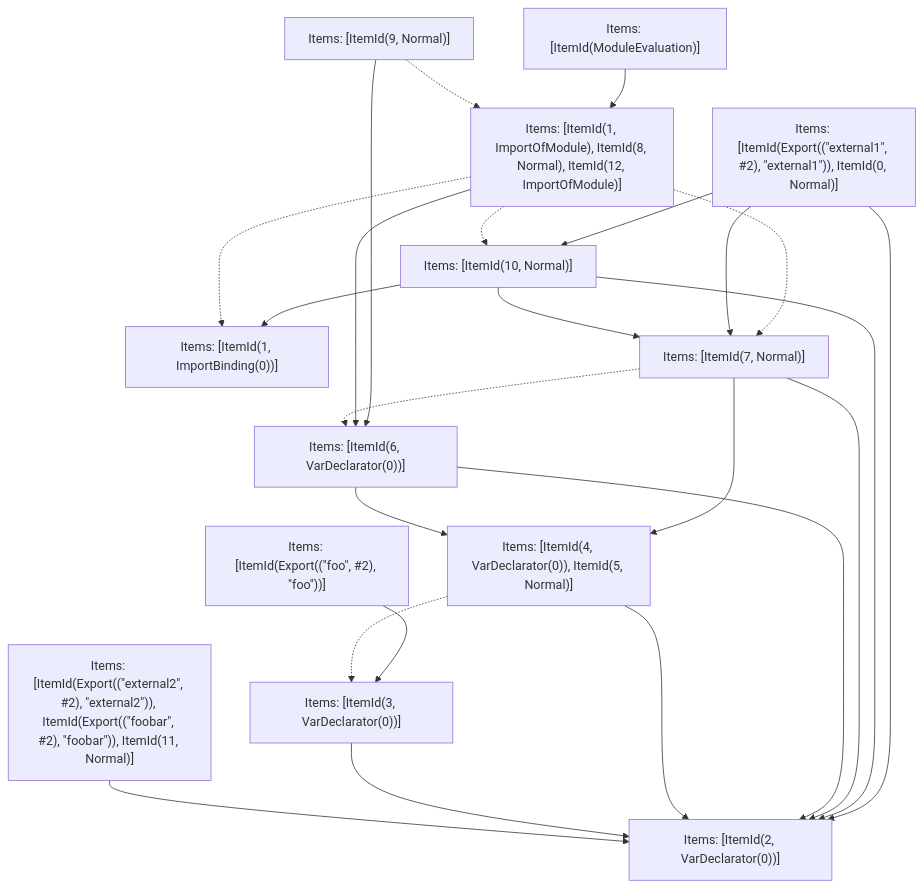
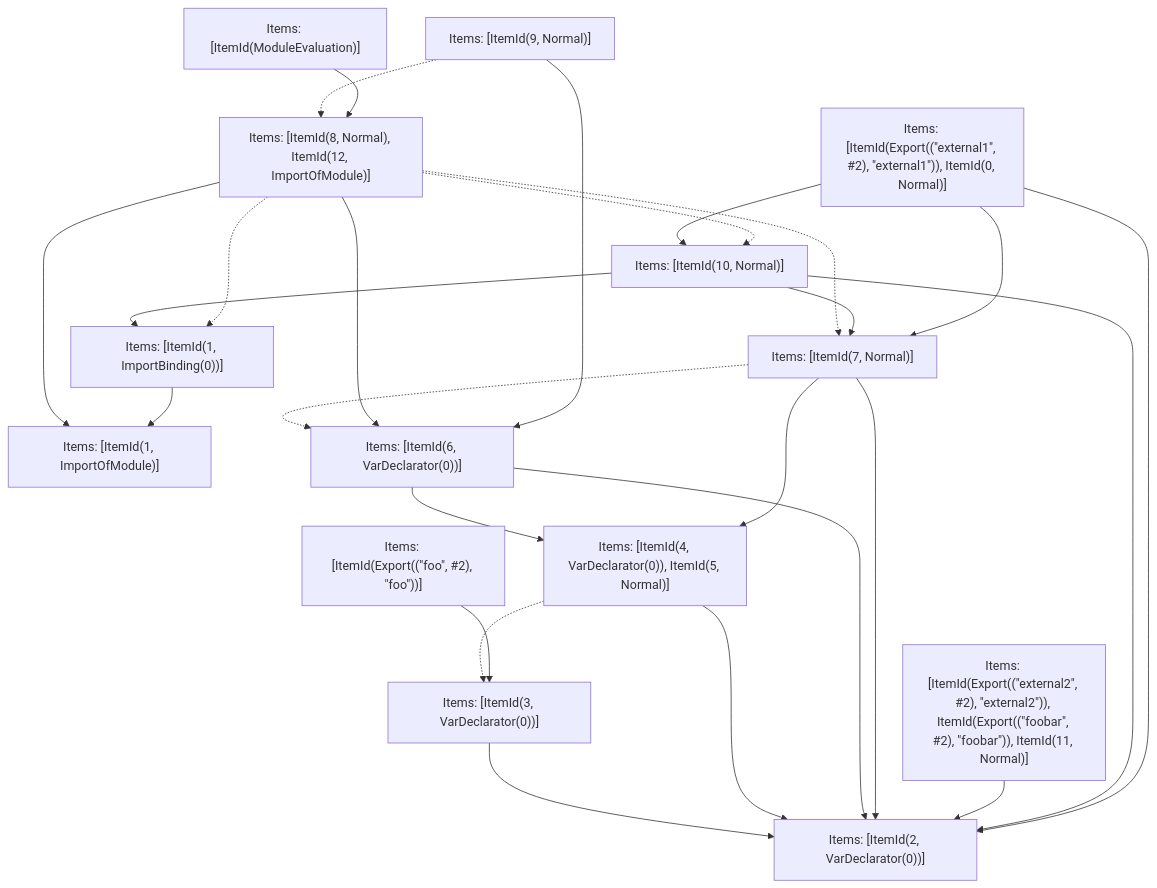
One commit to Dreitt/nextt changed the fifth of 5 diagrams in turbopack/crates/turbopack-ecmascript/tests/tree-shaker/analyzer/2/output.md. Above: the diagram before and after it, drawn with Mermaid. The commit also changed other lines of this file and 19 other files, not shown here.

````diff
--- a/turbopack/crates/turbopack-ecmascript/tests/tree-shaker/analyzer/2/output.md
+++ b/turbopack/crates/turbopack-ecmascript/tests/tree-shaker/analyzer/2/output.md
@@ -356,39 +356,42 @@
 ```mermaid
 graph TD
     N0["Items: [ItemId(ModuleEvaluation)]"];
     N1["Items: [ItemId(Export((&quot;external1&quot;, #2), &quot;external1&quot;)), ItemId(0, Normal)]"];
     N2["Items: [ItemId(Export((&quot;external2&quot;, #2), &quot;external2&quot;)), ItemId(Export((&quot;foobar&quot;, #2), &quot;foobar&quot;)), ItemId(11, Normal)]"];
     N3["Items: [ItemId(Export((&quot;foo&quot;, #2), &quot;foo&quot;))]"];
-    N4["Items: [ItemId(1, ImportOfModule), ItemId(8, Normal), ItemId(12, ImportOfModule)]"];
+    N4["Items: [ItemId(1, ImportOfModule)]"];
     N5["Items: [ItemId(1, ImportBinding(0))]"];
     N6["Items: [ItemId(2, VarDeclarator(0))]"];
     N7["Items: [ItemId(3, VarDeclarator(0))]"];
     N8["Items: [ItemId(4, VarDeclarator(0)), ItemId(5, Normal)]"];
     N9["Items: [ItemId(6, VarDeclarator(0))]"];
     N10["Items: [ItemId(7, Normal)]"];
-    N11["Items: [ItemId(9, Normal)]"];
-    N12["Items: [ItemId(10, Normal)]"];
-    N2 --> N6;
+    N11["Items: [ItemId(8, Normal), ItemId(12, ImportOfModule)]"];
+    N12["Items: [ItemId(9, Normal)]"];
+    N13["Items: [ItemId(10, Normal)]"];
+    N11 --> N4;
     N7 --> N6;
-    N12 --> N10;
+    N13 --> N5;
     N8 --> N6;
     N8 -.-> N7;
     N9 --> N8;
     N9 --> N6;
     N10 --> N8;
     N10 --> N6;
     N10 -.-> N9;
-    N4 --> N9;
+    N11 --> N9;
+    N1 --> N13;
+    N11 -.-> N13;
+    N11 -.-> N10;
+    N11 -.-> N5;
+    N12 --> N9;
+    N12 -.-> N11;
+    N2 --> N6;
+    N13 --> N6;
+    N0 --> N11;
+    N3 --> N7;
+    N5 --> N4;
+    N13 --> N10;
+    N1 --> N6;
     N1 --> N10;
-    N4 -.-> N12;
-    N4 -.-> N10;
-    N4 -.-> N5;
-    N11 --> N9;
-    N11 -.-> N4;
-    N12 --> N6;
-    N1 --> N12;
-    N0 --> N4;
-    N3 --> N7;
-    N1 --> N6;
-    N12 --> N5;
 ```
````
